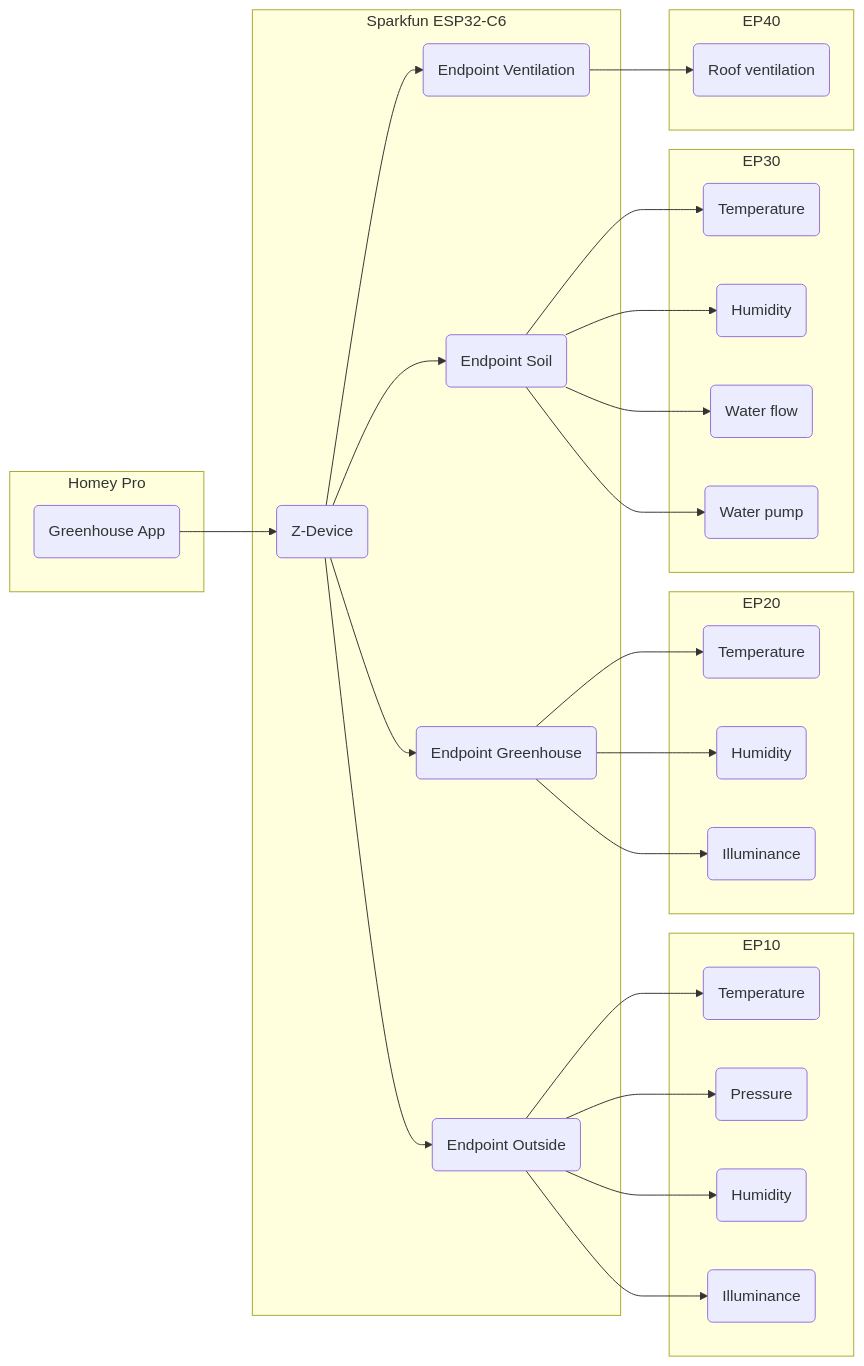
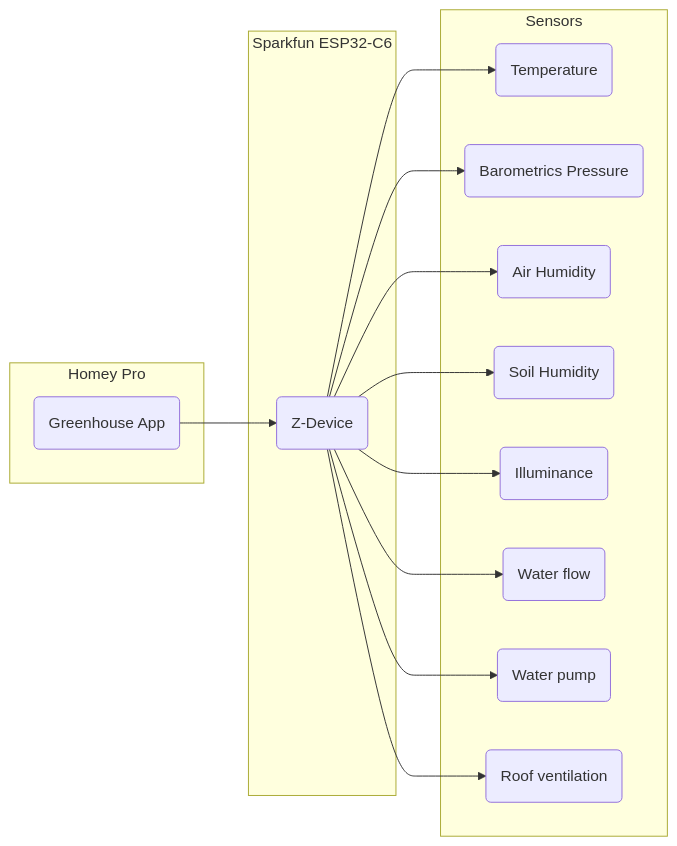
One commit to dnulnets/greenhouse changed the diagram in doc/README.md. Above: the diagram before and after it, drawn with Mermaid.

Commit message:
Updated zigbee model

````diff
--- a/doc/README.md
+++ b/doc/README.md
@@ -5,47 +5,29 @@
 ```mermaid
 %%| fig-width: 1
 flowchart LR
     subgraph Homey Pro
     app("Greenhouse App")
     end
     subgraph Sparkfun ESP32-C6
     zd("Z-Device")
-    zd-->ep10("Endpoint Outside")
-    zd-->ep20("Endpoint Greenhouse")
-    zd-->ep30("Endpoint Soil")
-    zd-->ep40("Endpoint Ventilation")
     end
-    subgraph EP10
-    T1("Temperature")
-    P1("Pressure")
-    RH1("Humidity")
-    I1("Illuminance")
+    subgraph Sensors
+    TE("Temperature")
+    PR("Barometrics Pressure")
+    RH("Air Humidity")
+    SH("Soil Humidity")
+    IL("Illuminance")
+    FL("Water flow")
+    WP("Water pump")
+    VE("Roof ventilation")
     end
-    subgraph EP20
-    T2("Temperature")
-    RH2("Humidity")
-    I2("Illuminance")
-    end
-    subgraph EP30
-    T3("Temperature")
-    RH3("Humidity")
-    F1("Water flow")
-    W1("Water pump")
-    end
-    subgraph EP40
-    V1("Roof ventilation")
-    end
-    ep10-->T1
-    ep10-->P1
-    ep10-->RH1
-    ep10-->I1
-    ep20-->T2
-    ep20-->RH2
-    ep20-->I2
-    ep30-->T3
-    ep30-->W1
-    ep30-->RH3
-    ep30-->F1
-    ep40-->V1
+    zd-->TE
+    zd-->PR
+    zd-->RH
+    zd-->SH
+    zd-->IL
+    zd-->FL
+    zd-->WP
+    zd-->VE
     app-->zd
 ```
````
